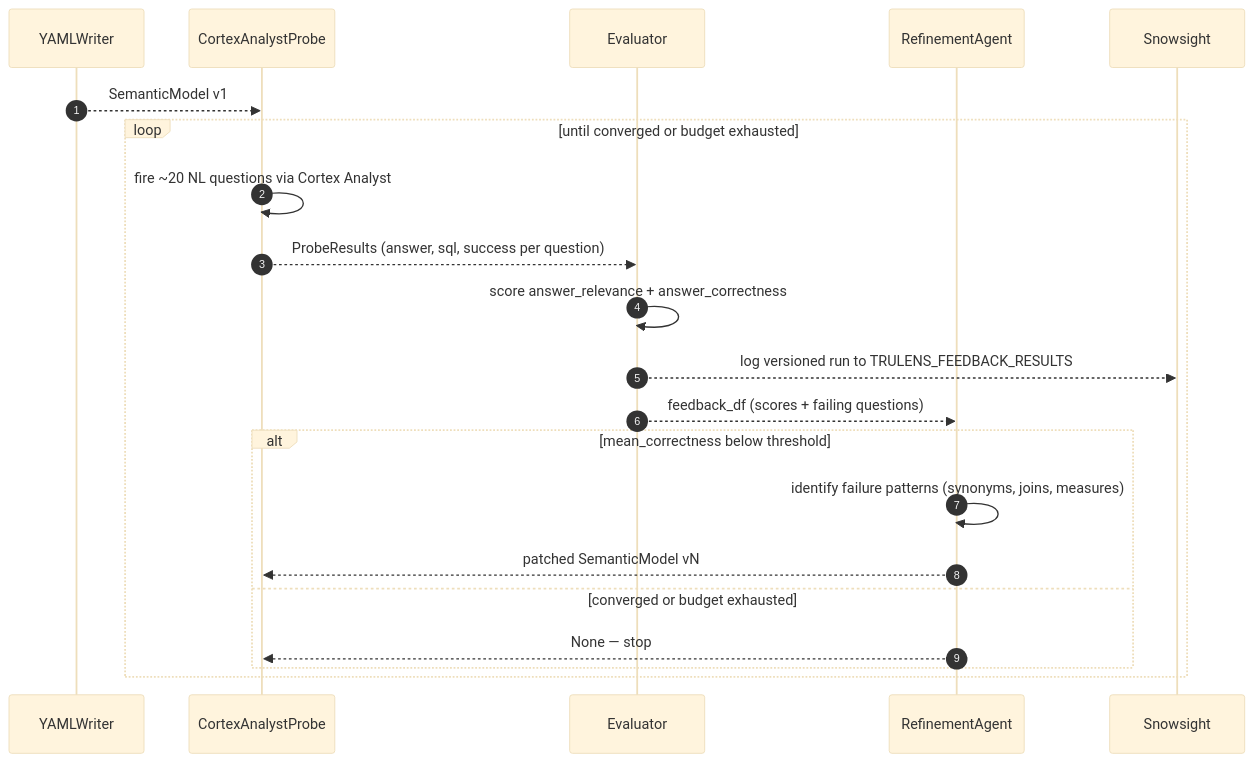
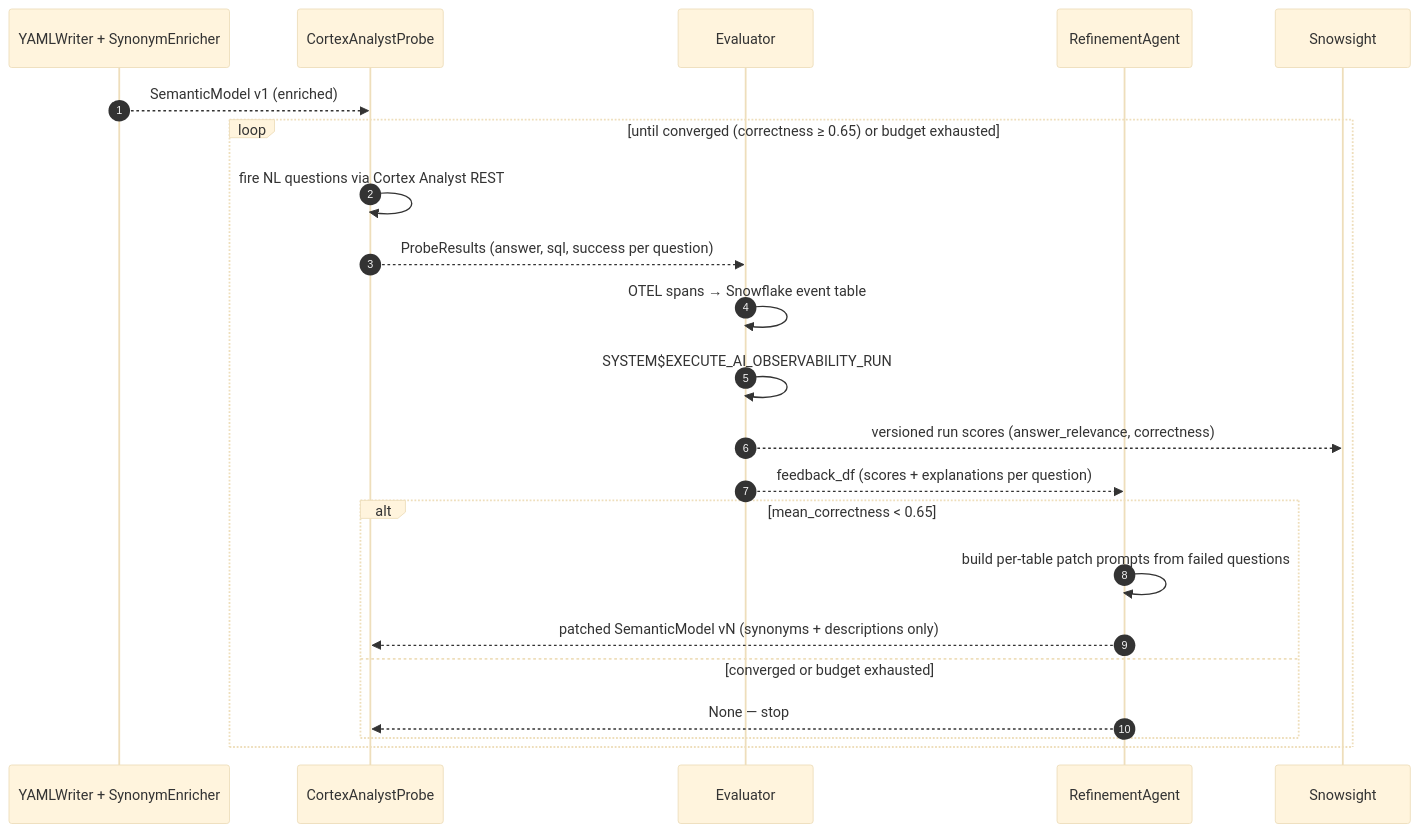
The second of 13 diagrams in .claude/architecture/ARCHITECTURE.md (CynicDog/semantic-model-weaver), drawn with Mermaid (base theme) before and after one commit. The commit also changed other lines of this file and 21 other files, not shown here.

````diff
--- a/.claude/architecture/ARCHITECTURE.md
+++ b/.claude/architecture/ARCHITECTURE.md
@@ -99,24 +122,25 @@
 ```mermaid
 sequenceDiagram
     autonumber
-    participant W as YAMLWriter
+    participant W as YAMLWriter + SynonymEnricher
     participant P as CortexAnalystProbe
     participant E as Evaluator
     participant R as RefinementAgent
     participant SS as Snowsight
 
-    W-->>P: SemanticModel v1
-    loop until converged or budget exhausted
-        P->>P: fire ~20 NL questions via Cortex Analyst
+    W-->>P: SemanticModel v1 (enriched)
+    loop until converged (correctness ≥ 0.65) or budget exhausted
+        P->>P: fire NL questions via Cortex Analyst REST
         P-->>E: ProbeResults (answer, sql, success per question)
-        E->>E: score answer_relevance + answer_correctness
-        E-->>SS: log versioned run to TRULENS_FEEDBACK_RESULTS
-        E-->>R: feedback_df (scores + failing questions)
-        alt mean_correctness below threshold
-            R->>R: identify failure patterns (synonyms, joins, measures)
-            R-->>P: patched SemanticModel vN
+        E->>E: OTEL spans → Snowflake event table
+        E->>E: SYSTEM$EXECUTE_AI_OBSERVABILITY_RUN
+        E-->>SS: versioned run scores (answer_relevance, correctness)
+        E-->>R: feedback_df (scores + explanations per question)
+        alt mean_correctness < 0.65
+            R->>R: build per-table patch prompts from failed questions
+            R-->>P: patched SemanticModel vN (synonyms + descriptions only)
         else converged or budget exhausted
             R-->>P: None — stop
         end
     end
 ```
````
